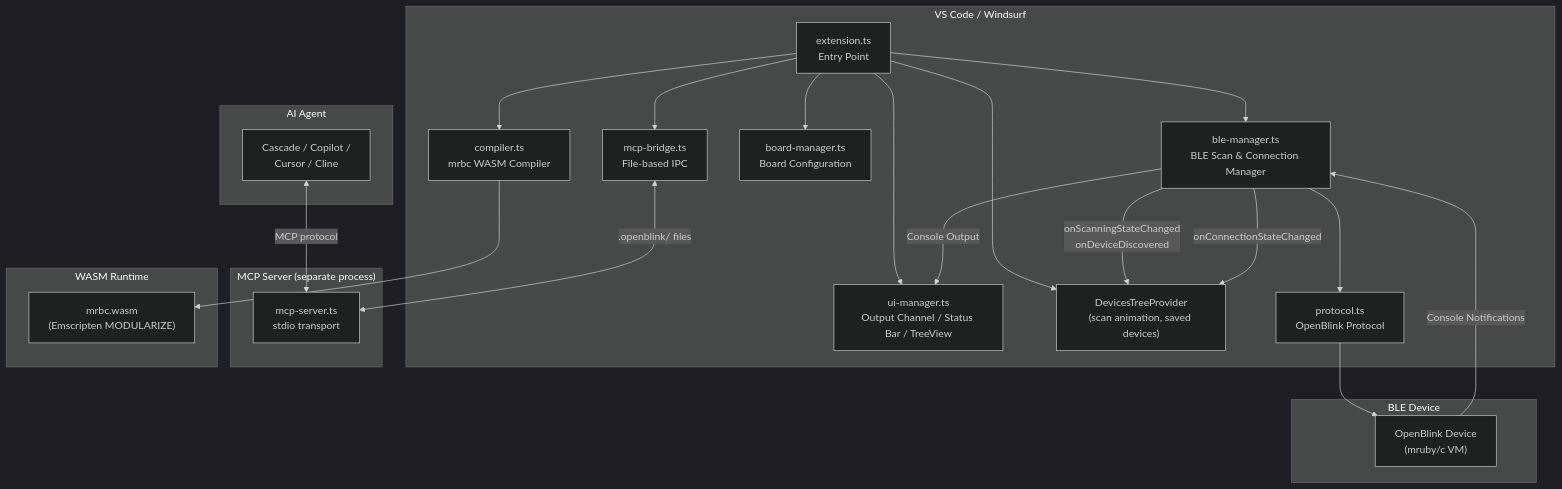
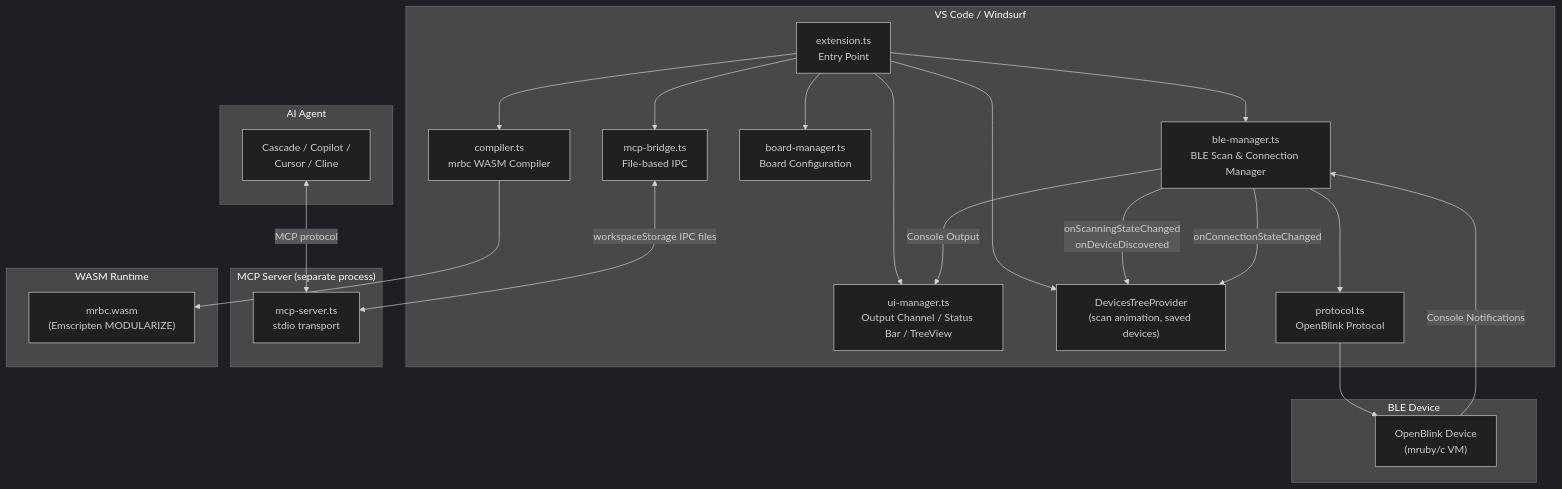
Before and after one commit to OpenBlink/openblink-vscode-extension: the first of 3 diagrams in doc/architecture.md, drawn with Mermaid (dark theme). The commit also changed other lines of this file and 4 other files, not shown here.

````diff
--- a/doc/architecture.md
+++ b/doc/architecture.md
@@ -7,45 +7,45 @@
 ```mermaid
 graph TB
     subgraph "VS Code / Windsurf"
         EXT["extension.ts<br/>Entry Point"]
         UI["ui-manager.ts<br/>Output Channel / Status Bar / TreeView"]
         DEV_TV["DevicesTreeProvider<br/>(scan animation, saved devices)"]
         COMP["compiler.ts<br/>mrbc WASM Compiler"]
         BLE["ble-manager.ts<br/>BLE Scan & Connection Manager"]
         PROTO["protocol.ts<br/>OpenBlink Protocol"]
         BOARD["board-manager.ts<br/>Board Configuration"]
         BRIDGE["mcp-bridge.ts<br/>File-based IPC"]
     end
 
     subgraph "MCP Server (separate process)"
         MCP["mcp-server.ts<br/>stdio transport"]
     end
 
     subgraph "WASM Runtime"
         MRBC["mrbc.wasm<br/>(Emscripten MODULARIZE)"]
     end
 
     subgraph "BLE Device"
         DEV["OpenBlink Device<br/>(mruby/c VM)"]
     end
 
     subgraph "AI Agent"
         AI["Cascade / Copilot /<br/>Cursor / Cline"]
     end
 
     EXT --> UI
     EXT --> DEV_TV
     EXT --> COMP
     EXT --> BLE
     EXT --> BOARD
     EXT --> BRIDGE
     BLE -->|onScanningStateChanged<br/>onDeviceDiscovered| DEV_TV
     BLE -->|onConnectionStateChanged| DEV_TV
     COMP --> MRBC
     BLE --> PROTO
     PROTO --> DEV
     DEV -->|Console Notifications| BLE
     BLE -->|Console Output| UI
-    BRIDGE <-->|.openblink/ files| MCP
+    BRIDGE <-->|workspaceStorage IPC files| MCP
     AI <-->|MCP protocol| MCP
 ```
````
